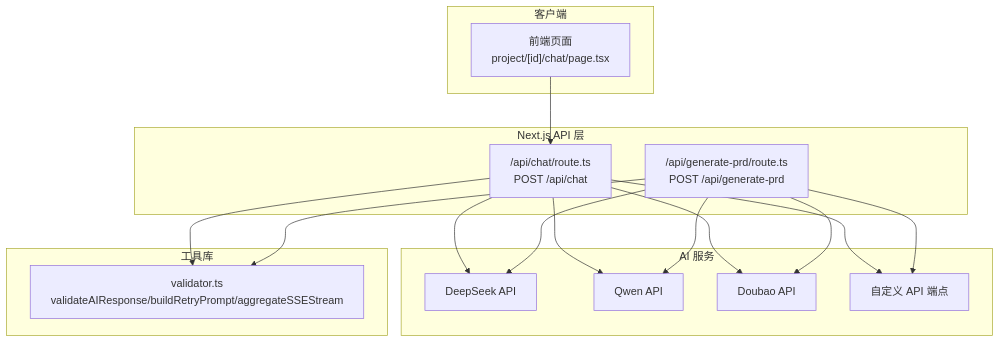
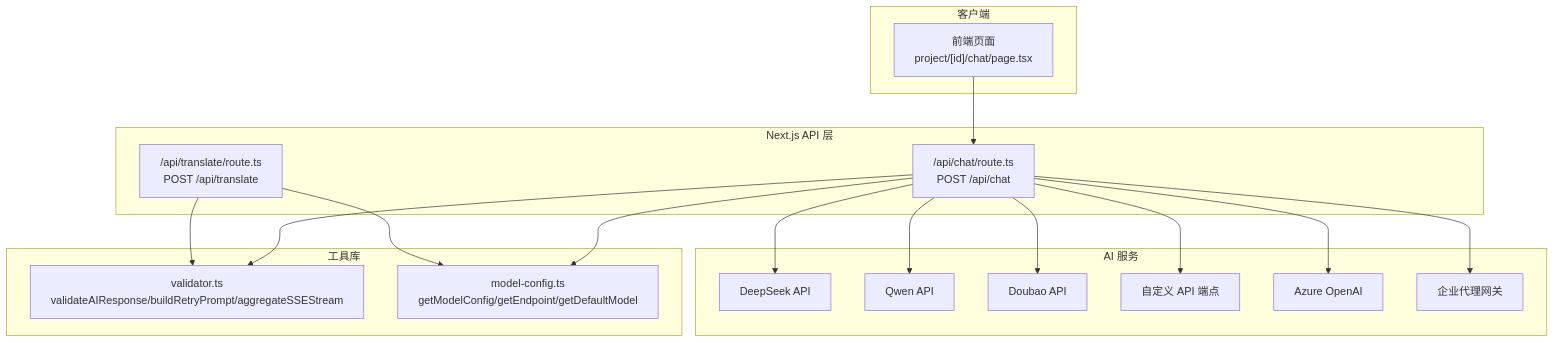
The first of 4 diagrams in .qoder/repowiki/zh/content/核心功能模块/AI对话系统/后端AI对话服务/API请求处理与安全校验.md (leonaiuv/PRDbot), drawn with Mermaid before and after one commit. The commit also changed other lines of this file and 10 other files, not shown here.

First line of the commit message:
feat(documentation): 添加Mermaid渲染器与AI功能文档

````diff
--- a/.qoder/repowiki/zh/content/核心功能模块/AI对话系统/后端AI对话服务/API请求处理与安全校验.md
+++ b/.qoder/repowiki/zh/content/核心功能模块/AI对话系统/后端AI对话服务/API请求处理与安全校验.md
@@ -37,30 +44,33 @@
 ```mermaid
 graph TB
 subgraph "客户端"
 FE["前端页面<br/>project/[id]/chat/page.tsx"]
 end
 subgraph "Next.js API 层"
 CHAT_ROUTE["/api/chat/route.ts<br/>POST /api/chat"]
-GEN_PRD_ROUTE["/api/generate-prd/route.ts<br/>POST /api/generate-prd"]
+TRANSLATE_ROUTE["/api/translate/route.ts<br/>POST /api/translate"]
 end
 subgraph "AI 服务"
 DEEPSEEK["DeepSeek API"]
 QWEN["Qwen API"]
 DOUBAO["Doubao API"]
 CUSTOM["自定义 API 端点"]
+AZURE["Azure OpenAI"]
+ENTERPRISE["企业代理网关"]
 end
 subgraph "工具库"
 VALIDATOR["validator.ts<br/>validateAIResponse/buildRetryPrompt/aggregateSSEStream"]
+MODEL_CONFIG["model-config.ts<br/>getModelConfig/getEndpoint/getDefaultModel"]
 end
 FE --> CHAT_ROUTE
 CHAT_ROUTE --> VALIDATOR
+CHAT_ROUTE --> MODEL_CONFIG
 CHAT_ROUTE --> DEEPSEEK
 CHAT_ROUTE --> QWEN
 CHAT_ROUTE --> DOUBAO
 CHAT_ROUTE --> CUSTOM
-GEN_PRD_ROUTE --> VALIDATOR
-GEN_PRD_ROUTE --> DEEPSEEK
-GEN_PRD_ROUTE --> QWEN
-GEN_PRD_ROUTE --> DOUBAO
-GEN_PRD_ROUTE --> CUSTOM
+CHAT_ROUTE --> AZURE
+CHAT_ROUTE --> ENTERPRISE
+TRANSLATE_ROUTE --> VALIDATOR
+TRANSLATE_ROUTE --> MODEL_CONFIG
 ```
````
